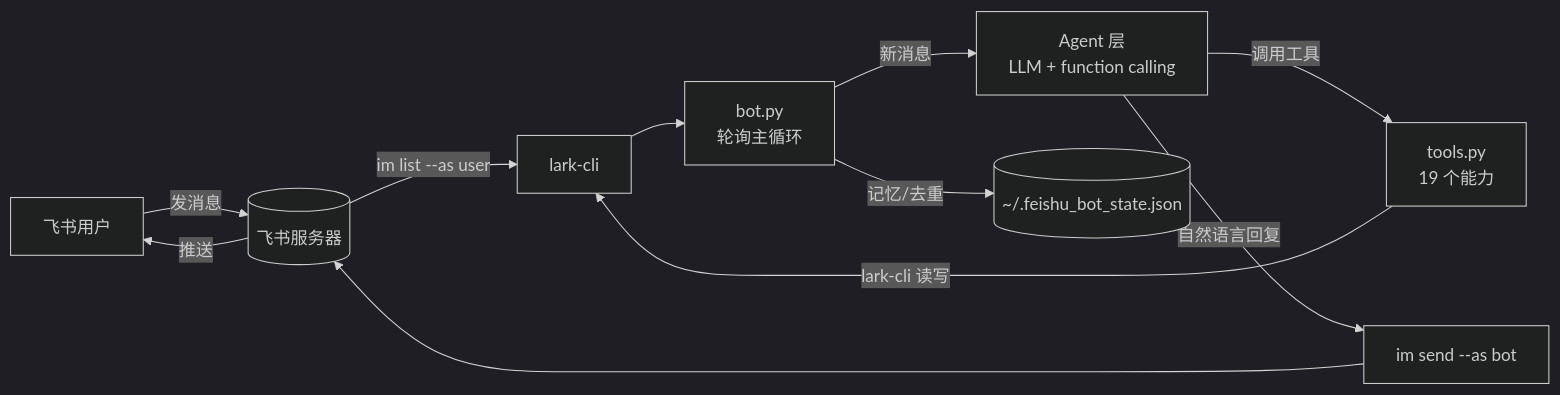
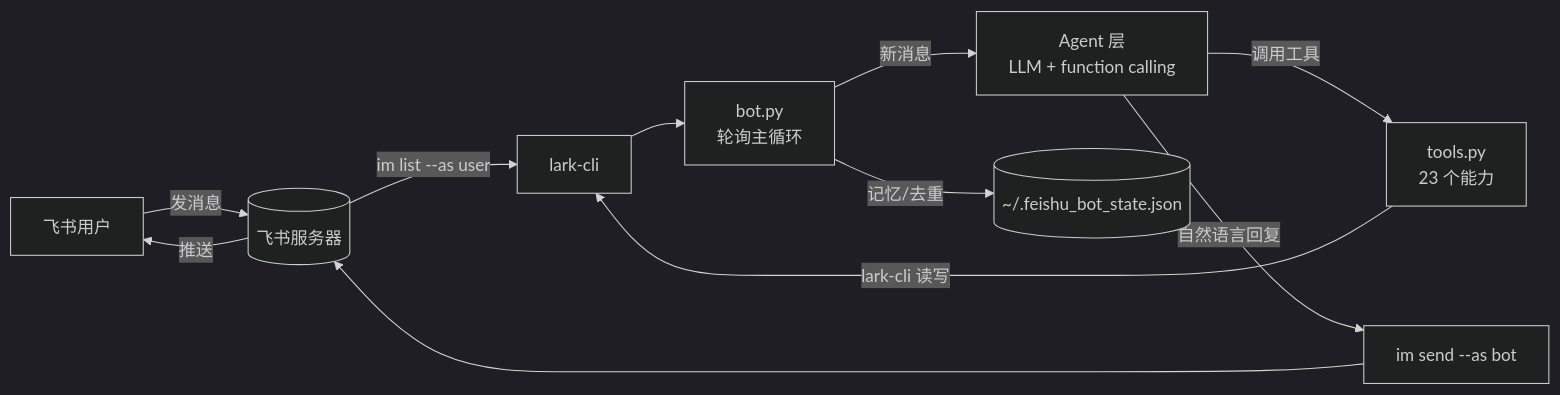
One commit to cangyuyi/feishu-cli-bot changed the first of 2 diagrams in docs/ARCHITECTURE.md. Above: the diagram before and after it, drawn with Mermaid (dark theme). The commit also changed other lines of this file and 10 other files, not shown here.

````diff
--- a/docs/ARCHITECTURE.md
+++ b/docs/ARCHITECTURE.md
@@ -19,13 +19,13 @@
 ```mermaid
 flowchart LR
     U[飞书用户] -->|发消息| FS[(飞书服务器)]
     FS -->|im list --as user| CLI[lark-cli]
     CLI --> Poll[bot.py\n轮询主循环]
     Poll -->|新消息| Agent[Agent 层\nLLM + function calling]
-    Agent -->|调用工具| T[tools.py\n19 个能力]
+    Agent -->|调用工具| T[tools.py\n23 个能力]
     T -->|lark-cli 读写| CLI
     Agent -->|自然语言回复| Send[im send --as bot]
     Send --> FS
     FS -->|推送| U
     Poll -->|记忆/去重| State[(~/.feishu_bot_state.json)]
 ```
````
